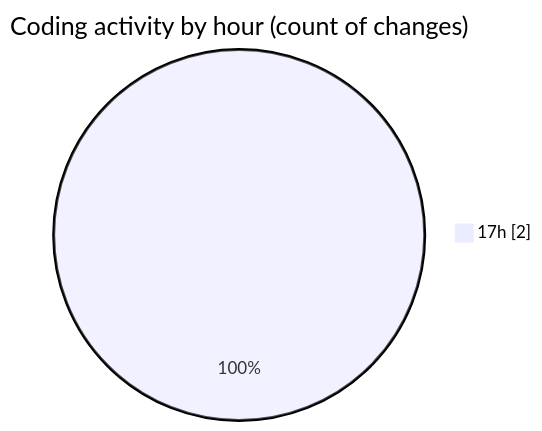
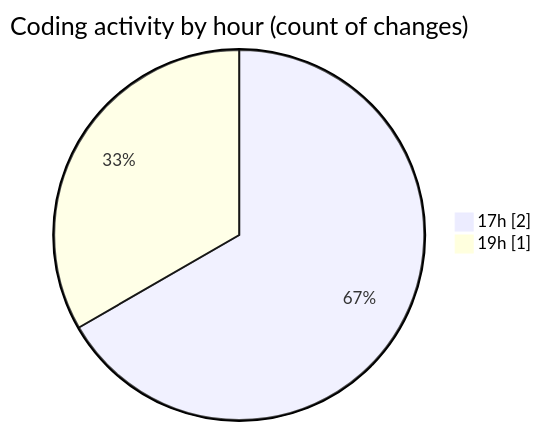
One commit to FelipKnott/code-tracking changed the second of 2 diagrams in 2025-08-15/alpha/README.md. Above: the diagram before and after it, drawn with Mermaid. The commit also changed other lines of this file and 1 other file, not shown here.

````diff
--- a/2025-08-15/alpha/README.md
+++ b/2025-08-15/alpha/README.md
@@ -28,5 +30,6 @@
 ```mermaid
 pie showData
 title Coding activity by hour (count of changes)
 "17h" : 2
+"19h" : 1
 ```
````
